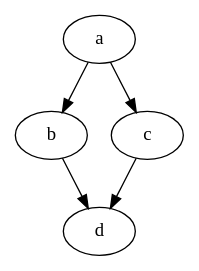
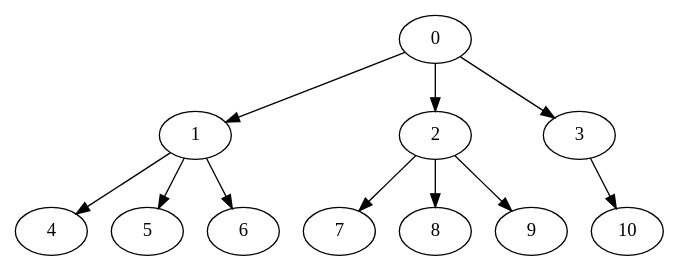
Before and after one commit to raghavgarg32/SOFTENG306Project1: the diagram in data/output.dot, drawn with Graphviz. The commit also changed 13 other files, not shown here.

```diff
--- a/data/output.dot
+++ b/data/output.dot
@@ -1,10 +1,23 @@
-digraph "example" {
-	a	[Weight=2,Start=0,Processor=1];
-	b	[Weight=3,Start=2,Processor=1];
-	c	[Weight=3,Start=3,Processor=2];
-	d	[Weight=2,Start=7,Processor=1];
-	a->b	[Weight=2];
-	b->d	[Weight=2];
-	a->c	[Weight=1];
-	c->d	[Weight=1];
+digraph "OutTree-Balanced-MaxBf-3_Nodes_11_CCR_0.1_WeightType_Random" {
+	0	[Weight=50,Start=0,Processor=1];
+	1	[Weight=70,Start=140,Processor=1];
+	2	[Weight=90,Start=50,Processor=1];
+	3	[Weight=100,Start=54,Processor=2];
+	4	[Weight=40,Start=210,Processor=1];
+	5	[Weight=20,Start=324,Processor=2];
+	6	[Weight=100,Start=224,Processor=2];
+	7	[Weight=80,Start=250,Processor=1];
+	8	[Weight=50,Start=154,Processor=2];
+	9	[Weight=20,Start=204,Processor=2];
+	10	[Weight=20,Start=330,Processor=1];
+	2->9	[Weight=10];
+	1->6	[Weight=5];
+	2->8	[Weight=3];
+	2->7	[Weight=5];
+	0->3	[Weight=4];
+	1->4	[Weight=10];
+	1->5	[Weight=7];
+	0->1	[Weight=9];
+	0->2	[Weight=7];
+	3->10	[Weight=4];
 }
```
